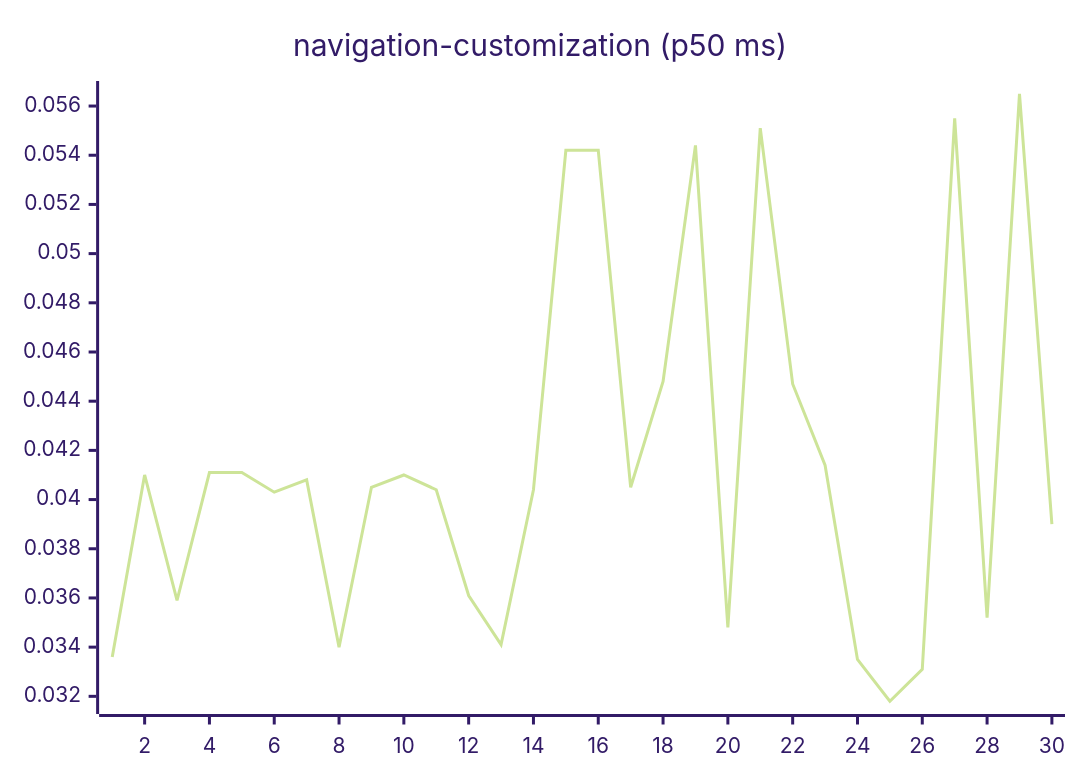
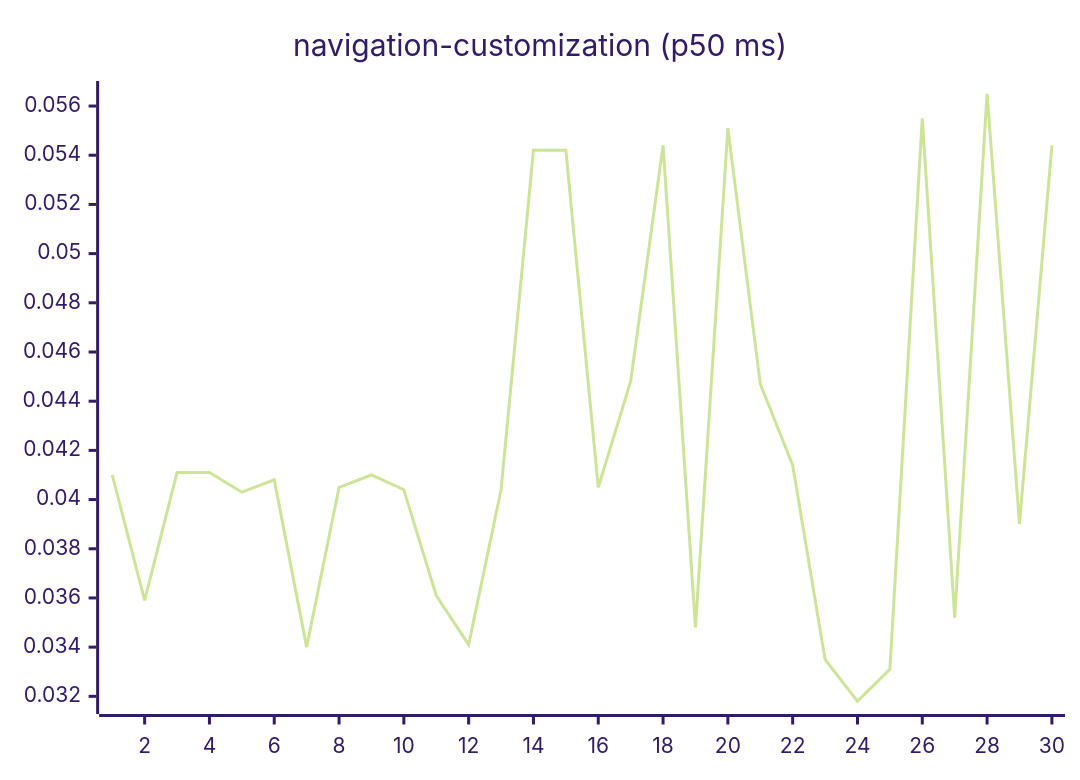
Before and after one commit to josha/Facet: diagram 15 of 27 in README.md, drawn with Mermaid (forest theme). The commit also changed other lines of this file and 2 other files, not shown here.

````diff
--- a/README.md
+++ b/README.md
@@ -161,6 +161,6 @@
 ```mermaid
 xychart-beta
     title "navigation-customization (p50 ms)"
     x-axis 1 --> 30
-    line [0.0336, 0.0410, 0.0359, 0.0411, 0.0411, 0.0403, 0.0408, 0.0340, 0.0405, 0.0410, 0.0404, 0.0361, 0.0341, 0.0404, 0.0542, 0.0542, 0.0405, 0.0448, 0.0544, 0.0348, 0.0551, 0.0447, 0.0414, 0.0335, 0.0318, 0.0331, 0.0555, 0.0352, 0.0565, 0.0390]
+    line [0.0410, 0.0359, 0.0411, 0.0411, 0.0403, 0.0408, 0.0340, 0.0405, 0.0410, 0.0404, 0.0361, 0.0341, 0.0404, 0.0542, 0.0542, 0.0405, 0.0448, 0.0544, 0.0348, 0.0551, 0.0447, 0.0414, 0.0335, 0.0318, 0.0331, 0.0555, 0.0352, 0.0565, 0.0390, 0.0544]
 ```
````
